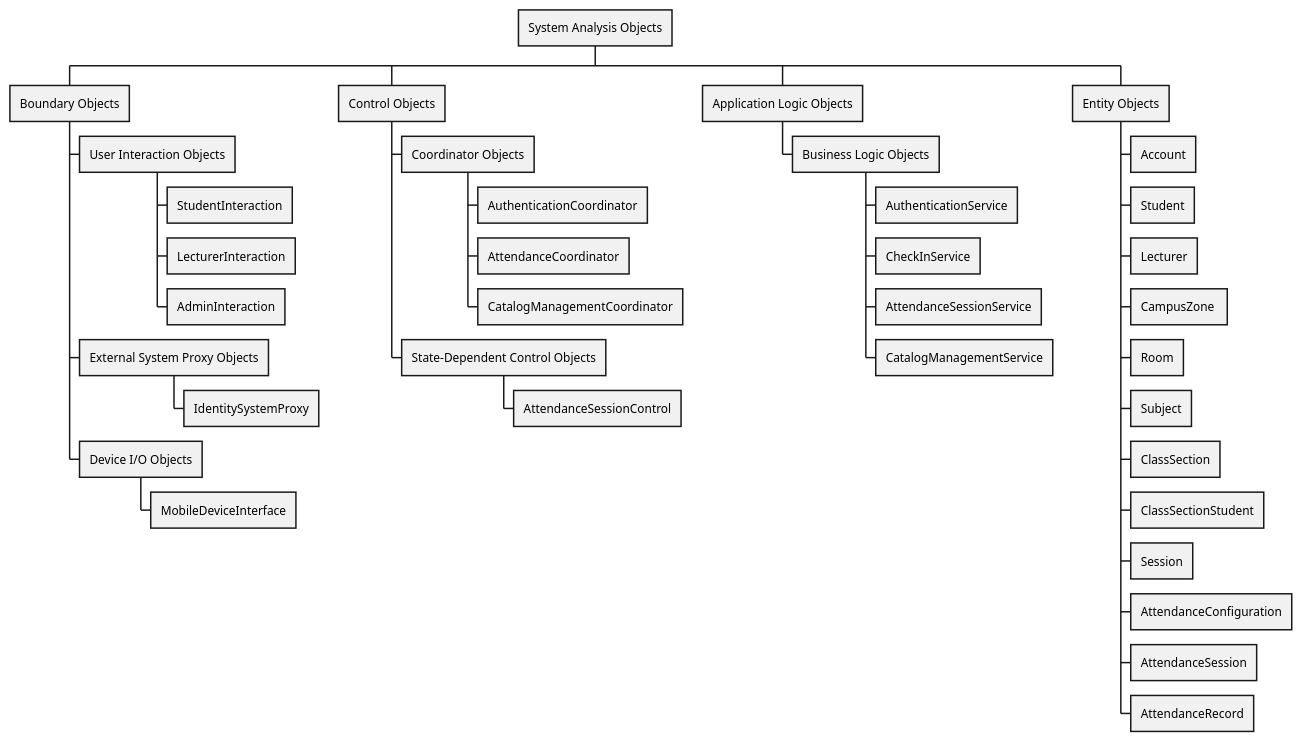
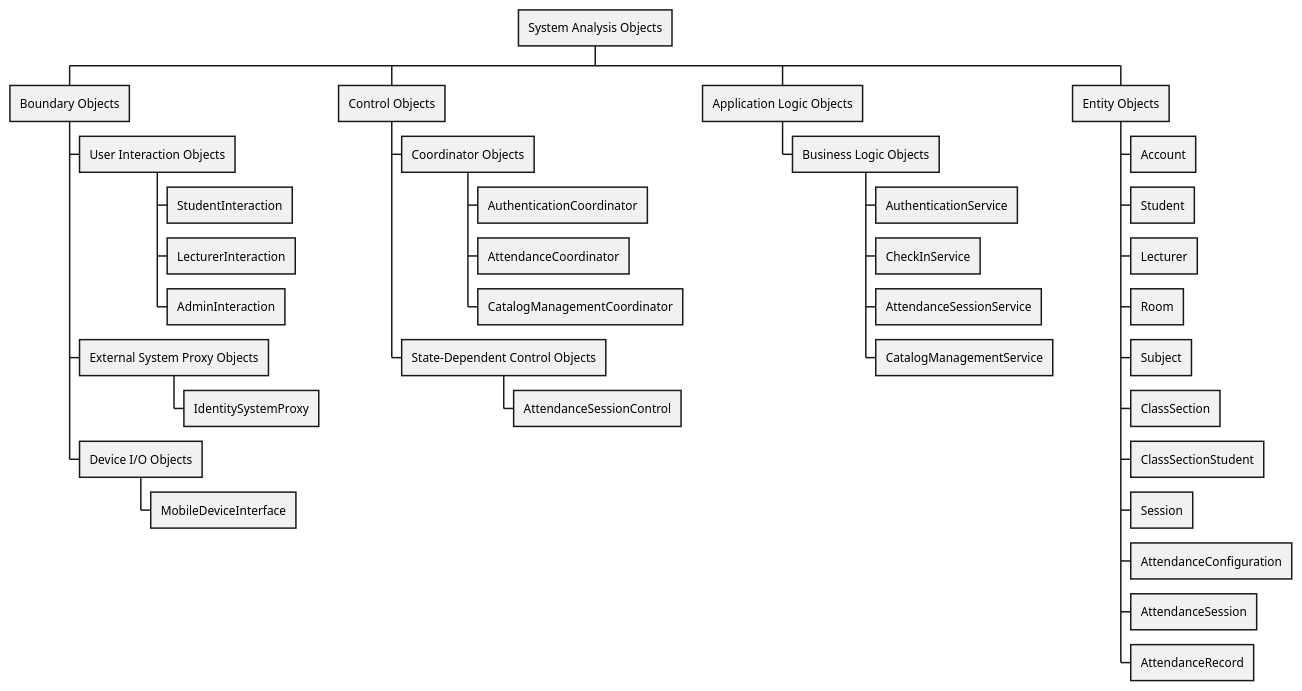
One commit to nttung42/SWD392 changed the third of 28 diagrams in docs/rds/2_Analysis.md. Above: the diagram before and after it, drawn with PlantUML. The commit also changed other lines of this file and 3 other files, not shown here.

Commit message:
remove campus zone

````diff
--- a/docs/rds/2_Analysis.md
+++ b/docs/rds/2_Analysis.md
@@ -190,40 +184,39 @@
 ```plantuml
 @startwbs
 * System Analysis Objects
 ** Boundary Objects
 *** User Interaction Objects
 **** StudentInteraction
 **** LecturerInteraction
 **** AdminInteraction
 *** External System Proxy Objects
 **** IdentitySystemProxy
 *** Device I/O Objects
 **** MobileDeviceInterface
 ** Control Objects
 *** Coordinator Objects
 **** AuthenticationCoordinator
 **** AttendanceCoordinator
 **** CatalogManagementCoordinator
 *** State-Dependent Control Objects
 **** AttendanceSessionControl
 ** Application Logic Objects
 *** Business Logic Objects
 **** AuthenticationService
 **** CheckInService
 **** AttendanceSessionService
 **** CatalogManagementService
 ** Entity Objects
 *** Account
 *** Student
 *** Lecturer
-*** CampusZone 
 *** Room
 *** Subject
 *** ClassSection
 *** ClassSectionStudent
 *** Session
 *** AttendanceConfiguration
 *** AttendanceSession
 *** AttendanceRecord
 @endwbs
 ```
````
